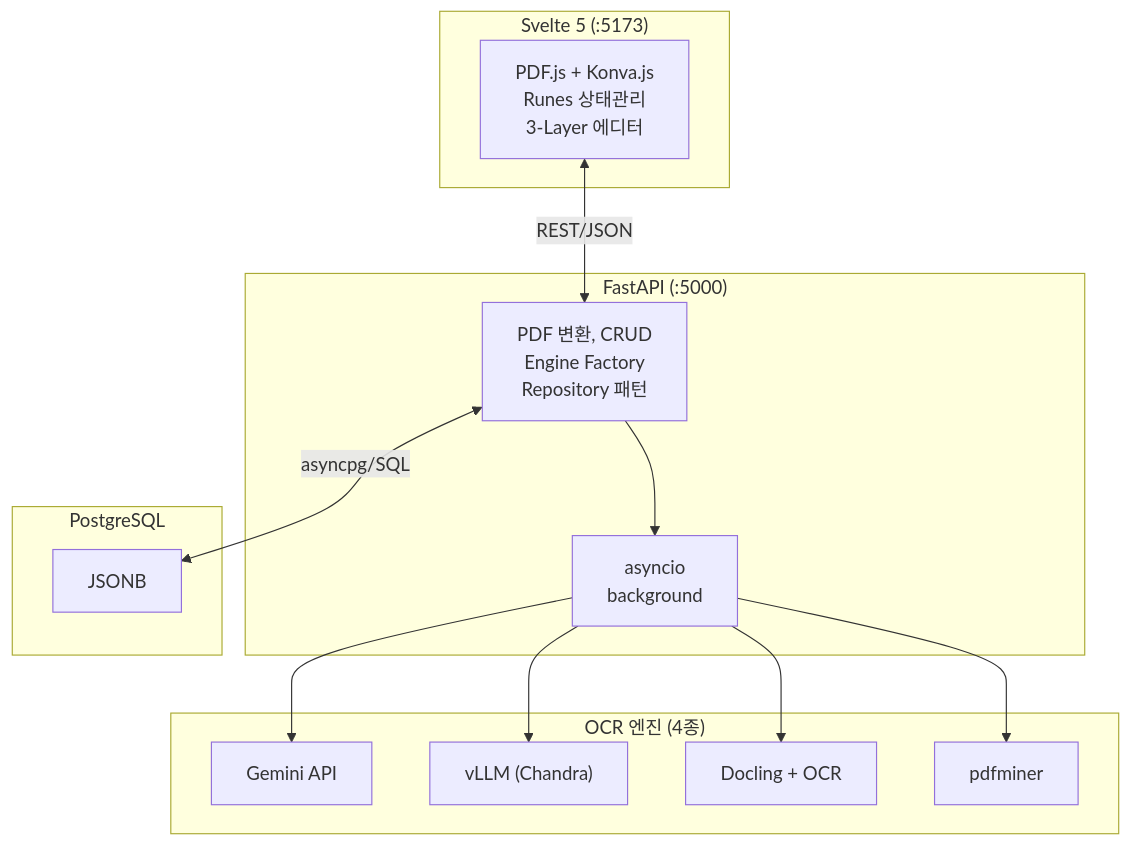
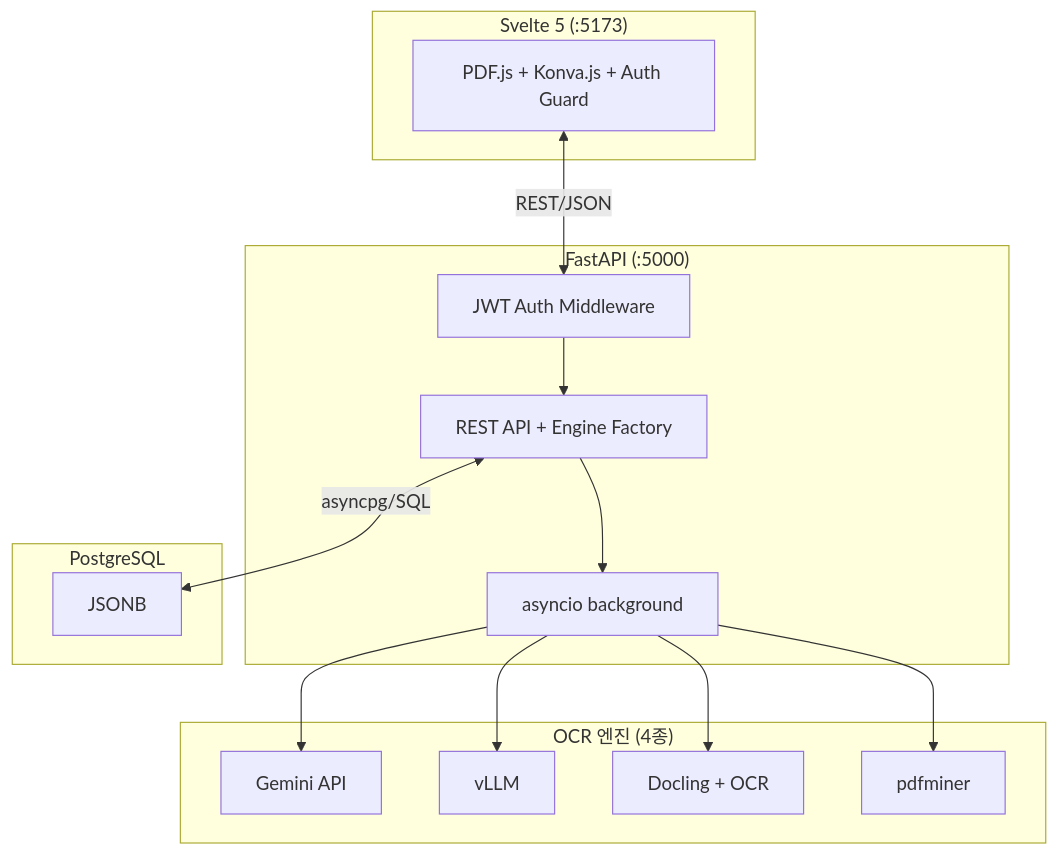
Before and after one commit to appleparan/saegim: the diagram in docs/README.md, drawn with Mermaid. The commit also changed other lines of this file and 1 other file, not shown here.

First line of the commit message:
docs: update docs index files with auth references

````diff
--- a/docs/README.md
+++ b/docs/README.md
@@ -11,30 +11,32 @@
 ```mermaid
 graph TB
     subgraph Frontend ["Svelte 5 (:5173)"]
-        FE["PDF.js + Konva.js<br/>Runes 상태관리<br/>3-Layer 에디터"]
+        FE["PDF.js + Konva.js + Auth Guard"]
     end
 
     subgraph Backend ["FastAPI (:5000)"]
-        API["PDF 변환, CRUD<br/>Engine Factory<br/>Repository 패턴"]
-        BG["asyncio<br/>background"]
+        AUTH["JWT Auth Middleware"]
+        API["REST API + Engine Factory"]
+        BG["asyncio background"]
     end
 
     subgraph DB ["PostgreSQL"]
         PG["JSONB"]
     end
 
     subgraph OCR ["OCR 엔진 (4종)"]
         GEMINI["Gemini API"]
-        VLLM["vLLM (Chandra)"]
+        VLLM["vLLM"]
         DOCLING_OCR["Docling + OCR"]
         PDFMINER["pdfminer"]
     end
 
-    FE <-->|"REST/JSON"| API
+    FE <-->|"REST/JSON"| AUTH
+    AUTH --> API
     API <-->|"asyncpg/SQL"| PG
     API --> BG
     BG --> GEMINI
     BG --> VLLM
     BG --> DOCLING_OCR
     BG --> PDFMINER
 ```
````
